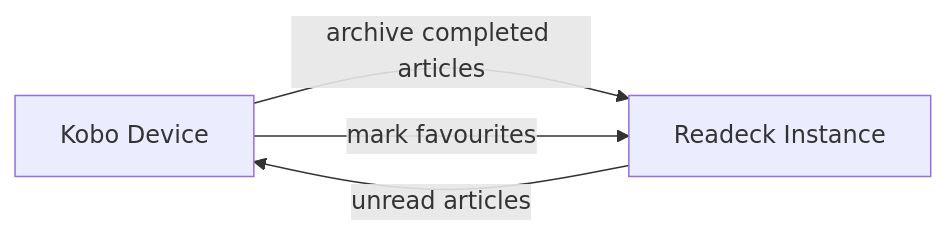
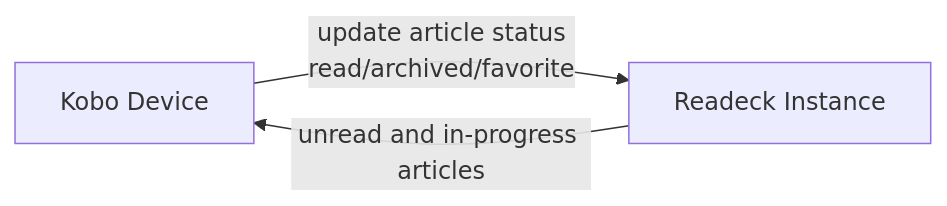
Before and after one commit to fkaduk/kobodeck: the diagram in README.md, drawn with Mermaid. The commit also changed other lines of this file, not shown here.

````diff
--- a/README.md
+++ b/README.md
@@ -14,9 +14,7 @@
 ```mermaid
 flowchart LR
     K[Kobo Device]
     R[Readeck Instance]
-
-    R -->|unread articles| K
-    K -->|archive completed articles| R
-    K -->|mark favourites| R
+    R -->|unread and in-progress articles| K
+    K -->|update article status <br> read/archived/favorite| R
 ```
````
